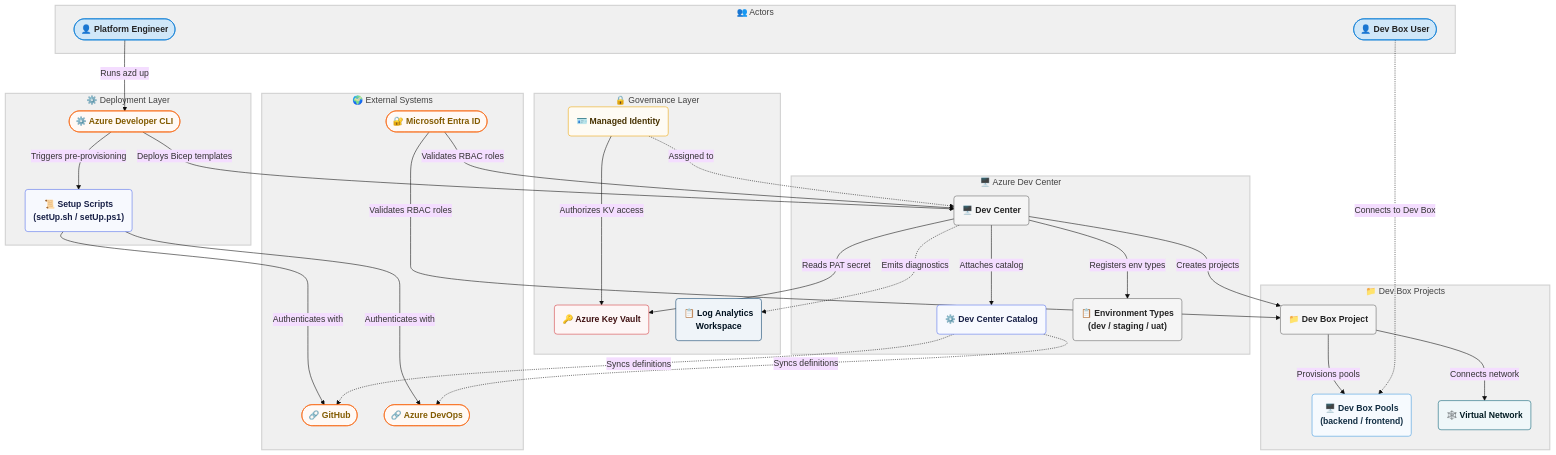
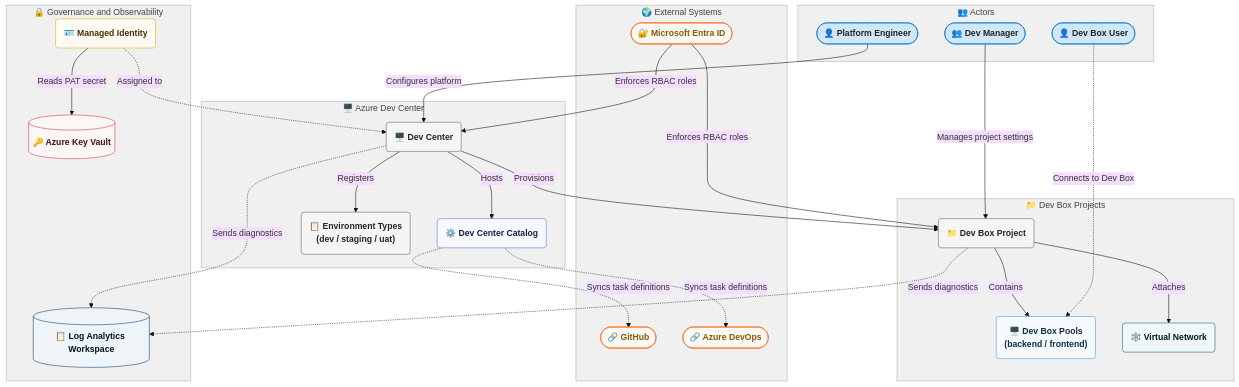
One commit to Evilazaro/DevExp-DevBox changed the diagram in README.md. Above: the diagram before and after it, drawn with Mermaid. The commit also changed other lines of this file, not shown here.

Commit message:
Refactor README.md to enhance architecture section clarity and detail platform roles

```diff
--- a/README.md
+++ b/README.md
@@ -77,41 +62,37 @@
   theme: base
   themeVariables:
     htmlLabels: true
-    fontFamily: "-apple-system, BlinkMacSystemFont, \"Segoe UI\", system-ui, \"Apple Color Emoji\", \"Segoe UI Emoji\", sans-serif"
+    fontFamily: "Segoe UI, system-ui, -apple-system, sans-serif"
     fontSize: 16
 ---
 flowchart TB
 
   %% ── Class Definitions ─────────────────────────────────────────────────────
-  classDef actor        fill:#d0e7f8,stroke:#0078d4,color:#242424,font-weight:bold
-  classDef service      fill:#f5f5f5,stroke:#616161,color:#242424,font-weight:bold
-  classDef gateway      fill:#a6e9ed,stroke:#00b7c3,color:#001d1f,font-weight:bold
-  classDef datastore    fill:#f1faf1,stroke:#107c10,color:#0e700e,font-weight:bold
-  classDef external     fill:#fff9f5,stroke:#f7630c,color:#835b00,font-weight:bold
-  classDef ai           fill:#f7f4fb,stroke:#5c2e91,color:#46236e,font-weight:bold
-  classDef analytics    fill:#f0fafa,stroke:#038387,color:#012728,font-weight:bold
-  classDef compute      fill:#f6fafe,stroke:#3a96dd,color:#112d42,font-weight:bold
-  classDef containers   fill:#f2fafc,stroke:#0099bc,color:#002e38,font-weight:bold
-  classDef devops       fill:#f7f9fe,stroke:#4f6bed,color:#182047,font-weight:bold
-  classDef identity     fill:#fefbf4,stroke:#eaa300,color:#463100,font-weight:bold
-  classDef integration  fill:#f2fcfd,stroke:#00b7c3,color:#00373a,font-weight:bold
-  classDef iot          fill:#f9f8fc,stroke:#8764b8,color:#281e37,font-weight:bold
-  classDef monitor      fill:#eff4f9,stroke:#003966,color:#00111f,font-weight:bold
-  classDef networking   fill:#eff7f9,stroke:#005b70,color:#001b22,font-weight:bold
-  classDef security     fill:#fdf6f6,stroke:#d13438,color:#3f1011,font-weight:bold
-  classDef storage      fill:#f3fdf8,stroke:#00cc6a,color:#003d20,font-weight:bold
-  classDef web          fill:#f3f9fd,stroke:#0078d4,color:#002440,font-weight:bold
+  %% Only classDefs actually assigned to nodes are declared.
+  %% actor:      blue tint50  — human users
+  %% external:   orange       — external systems
+  %% service:    grey         — generic Azure services / components
+  %% devops:     cornflower   — DevOps / catalog integration
+  %% identity:   marigold     — managed identity / Entra resources
+  %% monitor:    darkBlue     — monitoring / observability datastores
+  %% security:   red          — security datastores (Key Vault)
+  %% compute:    lightBlue    — compute resources (Dev Box Pools)
+  %% networking: steel        — networking resources (VNets)
+  classDef actor      fill:#d0e7f8,stroke:#0078d4,color:#242424,font-weight:bold
+  classDef external   fill:#fff9f5,stroke:#f7630c,color:#835b00,font-weight:bold
+  classDef service    fill:#f5f5f5,stroke:#616161,color:#242424,font-weight:bold
+  classDef devops     fill:#f7f9fe,stroke:#4f6bed,color:#182047,font-weight:bold
+  classDef identity   fill:#fefbf4,stroke:#eaa300,color:#463100,font-weight:bold
+  classDef monitor    fill:#eff4f9,stroke:#003966,color:#00111f,font-weight:bold
+  classDef security   fill:#fdf6f6,stroke:#d13438,color:#3f1011,font-weight:bold
+  classDef compute    fill:#f6fafe,stroke:#3a96dd,color:#112d42,font-weight:bold
+  classDef networking fill:#eff7f9,stroke:#005b70,color:#001b22,font-weight:bold
 
   %% ── Actors ─────────────────────────────────────────────────────────────────
   subgraph ACTORS["👥 Actors"]
     PLATENG(["👤 Platform Engineer"])
+    DEVMGR(["👥 Dev Manager"])
     DEVUSER(["👤 Dev Box User"])
-  end
-
-  %% ── Deployment Layer ────────────────────────────────────────────────────────
-  subgraph DEPLOY["⚙️ Deployment Layer"]
-    AZD(["⚙️ Azure Developer CLI"])
-    SCRIPTS("📜 Setup Scripts<br/>(setUp.sh / setUp.ps1)")
   end
 
   %% ── External Systems ────────────────────────────────────────────────────────
@@ -121,64 +102,63 @@
     ENTRAID(["🔐 Microsoft Entra ID"])
   end
 
-  %% ── Governance Layer ─────────────────────────────────────────────────────────
-  subgraph GOVLAYER["🔒 Governance Layer"]
-    KV("🔑 Azure Key Vault")
+  %% ── Governance and Observability ────────────────────────────────────────────
+  subgraph GOVLAYER["🔒 Governance and Observability"]
+    KV[("🔑 Azure Key Vault")]
     MI("🪪 Managed Identity")
-    LAW("📋 Log Analytics<br/>Workspace")
+    LAW[("📋 Log Analytics Workspace")]
   end
 
-  %% ── Dev Center Core ─────────────────────────────────────────────────────────
+  %% ── Azure Dev Center ─────────────────────────────────────────────────────────
   subgraph DEVCENTER["🖥️ Azure Dev Center"]
     DC("🖥️ Dev Center")
     CATALOG("⚙️ Dev Center Catalog")
     ENVTYPE("📋 Environment Types<br/>(dev / staging / uat)")
   end
 
-  %% ── Project Layer ───────────────────────────────────────────────────────────
+  %% ── Dev Box Projects ─────────────────────────────────────────────────────────
   subgraph PROJECT_LAYER["📁 Dev Box Projects"]
     PROJECT("📁 Dev Box Project")
     POOL("🖥️ Dev Box Pools<br/>(backend / frontend)")
     VNET("🕸️ Virtual Network")
   end
 
-  %% ── Primary Flows ───────────────────────────────────────────────────────────
-  PLATENG   -- "Runs azd up"                --> AZD
-  AZD       -- "Triggers pre-provisioning"  --> SCRIPTS
-  SCRIPTS   -- "Authenticates with"         --> GITHUB
-  SCRIPTS   -- "Authenticates with"         --> ADO
-  AZD       -- "Deploys Bicep templates"    --> DC
-  DC        -- "Reads PAT secret"           --> KV
-  DC        -. "Emits diagnostics" .->       LAW
-  DC        -- "Attaches catalog"           --> CATALOG
-  CATALOG   -. "Syncs definitions" .->       GITHUB
-  CATALOG   -. "Syncs definitions" .->       ADO
-  DC        -- "Registers env types"        --> ENVTYPE
-  DC        -- "Creates projects"           --> PROJECT
-  PROJECT   -- "Provisions pools"           --> POOL
-  PROJECT   -- "Connects network"           --> VNET
-  MI        -- "Authorizes KV access"       --> KV
-  MI        -. "Assigned to" .->             DC
-  ENTRAID   -- "Validates RBAC roles"       --> DC
-  ENTRAID   -- "Validates RBAC roles"       --> PROJECT
-  DEVUSER   -. "Connects to Dev Box" .->     POOL
+  %% ── Primary Flows ────────────────────────────────────────────────────────────
+  PLATENG -- "Configures platform"      --> DC
+  DEVMGR  -- "Manages project settings" --> PROJECT
+  DEVUSER -. "Connects to Dev Box" .->   POOL
 
-  %% ── Class Assignments ───────────────────────────────────────────────────────
-  class PLATENG,DEVUSER actor
-  class AZD,GITHUB,ADO,ENTRAID external
-  class SCRIPTS devops
+  DC      -- "Hosts"                    --> CATALOG
+  DC      -- "Registers"                --> ENVTYPE
+  DC      -- "Provisions"               --> PROJECT
+  DC      -. "Sends diagnostics" .->     LAW
+
+  CATALOG -. "Syncs task definitions" .-> GITHUB
+  CATALOG -. "Syncs task definitions" .-> ADO
+
+  PROJECT -- "Contains"                 --> POOL
+  PROJECT -- "Attaches"                 --> VNET
+  PROJECT -. "Sends diagnostics" .->     LAW
+
+  MI      -. "Assigned to" .->           DC
+  MI      -- "Reads PAT secret"         --> KV
+
+  ENTRAID -- "Enforces RBAC roles"      --> DC
+  ENTRAID -- "Enforces RBAC roles"      --> PROJECT
+
+  %% ── Class Assignments ────────────────────────────────────────────────────────
+  class PLATENG,DEVMGR,DEVUSER actor
+  class GITHUB,ADO,ENTRAID external
+  class DC,ENVTYPE,PROJECT service
+  class CATALOG devops
+  class MI identity
   class KV security
-  class MI identity
   class LAW monitor
-  class DC,ENVTYPE service
-  class CATALOG devops
-  class PROJECT service
   class POOL compute
   class VNET networking
 
-  %% ── Subgraph Styles ─────────────────────────────────────────────────────────
+  %% ── Subgraph Styles ──────────────────────────────────────────────────────────
   style ACTORS        fill:#f0f0f0,stroke:#d1d1d1,color:#424242,stroke-width:2px
-  style DEPLOY        fill:#f0f0f0,stroke:#d1d1d1,color:#424242,stroke-width:2px
   style EXT           fill:#f0f0f0,stroke:#d1d1d1,color:#424242,stroke-width:2px
   style GOVLAYER      fill:#f0f0f0,stroke:#d1d1d1,color:#424242,stroke-width:2px
   style DEVCENTER     fill:#f0f0f0,stroke:#d1d1d1,color:#424242,stroke-width:2px
```
